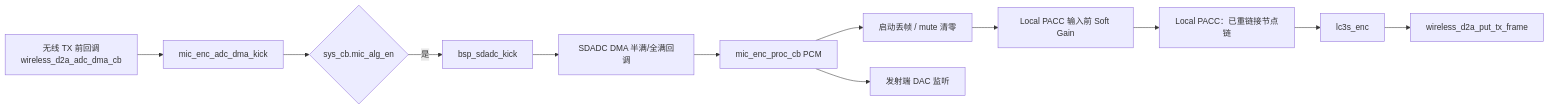
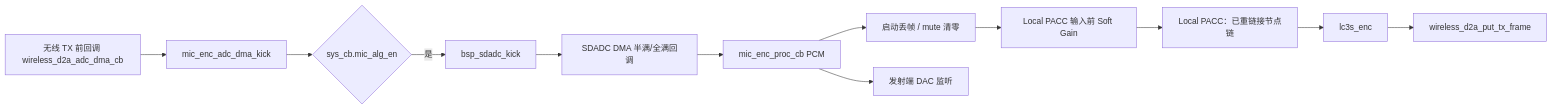
The third of 5 diagrams in posts/ab5766-le-mic.md (zglstudylinux/personal-blog), drawn with Mermaid before and after one commit. The commit also changed other lines of this file and 13 other files, not shown here.

First line of the commit message:
fix(mermaid): 适配 9.4.3 同步回调 API 并补全标签转义

````diff
--- a/posts/ab5766-le-mic.md
+++ b/posts/ab5766-le-mic.md
@@ -92,14 +92,14 @@
 ```mermaid
 flowchart LR
-    A[无线 TX 前回调<br/>wireless_d2a_adc_dma_cb] --> B[mic_enc_adc_dma_kick]
+    A["无线 TX 前回调 wireless_d2a_adc_dma_cb"] --> B[mic_enc_adc_dma_kick]
     B --> C{sys_cb.mic_alg_en}
     C -->|是| D[bsp_sdadc_kick]
-    D --> E[SDADC DMA 半满/全满回调]
+    D --> E["SDADC DMA 半满/全满回调"]
     E --> F[mic_enc_proc_cb PCM]
-    F --> G[启动丢帧 / mute 清零]
+    F --> G["启动丢帧 / mute 清零"]
     G --> H[Local PACC 输入前 Soft Gain]
-    H --> I[Local PACC：已重链接节点链]
+    H --> I["Local PACC：已重链接节点链"]
     I --> J[lc3s_enc]
     J --> K[wireless_d2a_put_tx_frame]
     F --> L[发射端 DAC 监听]
 ```
````
